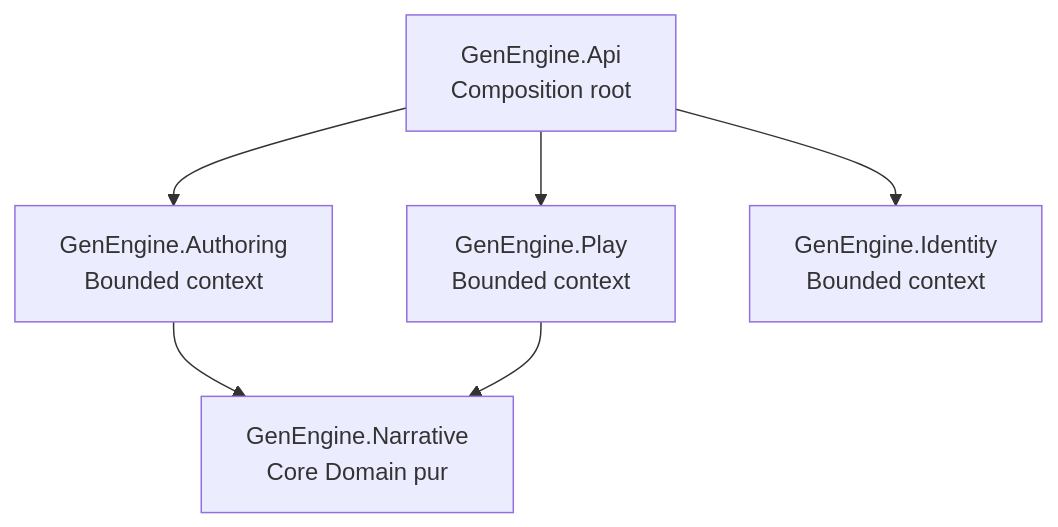
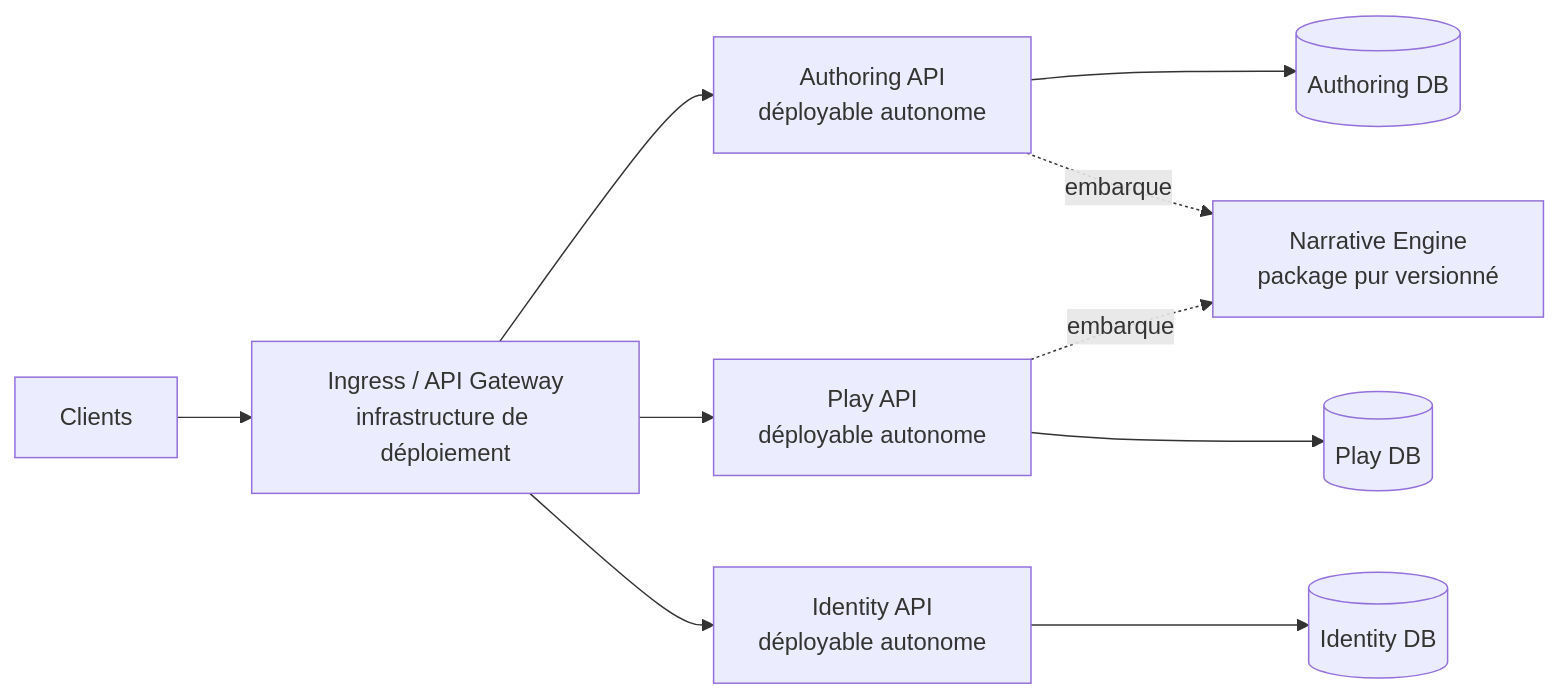
One commit to JordanLacroix/GenEngine changed the diagram in specs/architecture.md. Above: the diagram before and after it, drawn with Mermaid. The commit also changed other lines of this file and 70 other files, not shown here.

Commit message:
refactor(architecture): split backend into autonomous services

````diff
--- a/specs/architecture.md
+++ b/specs/architecture.md
@@ -25,14 +13,22 @@
 ```mermaid
-flowchart TD
-    API["GenEngine.Api<br/>Composition root"]
-    AUTHORING["GenEngine.Authoring<br/>Bounded context"]
-    PLAY["GenEngine.Play<br/>Bounded context"]
-    IDENTITY["GenEngine.Identity<br/>Bounded context"]
-    NARRATIVE["GenEngine.Narrative<br/>Core Domain pur"]
+flowchart LR
+    CLIENT["Clients"]
+    EDGE["Ingress / API Gateway<br/>infrastructure de déploiement"]
+    AUTHORING["Authoring API<br/>déployable autonome"]
+    PLAY["Play API<br/>déployable autonome"]
+    IDENTITY["Identity API<br/>déployable autonome"]
+    AUTHDB[("Identity DB")]
+    AUTHORDB[("Authoring DB")]
+    PLAYDB[("Play DB")]
+    NARRATIVE["Narrative Engine<br/>package pur versionné"]
 
-    API --> AUTHORING
-    API --> PLAY
-    API --> IDENTITY
-    AUTHORING --> NARRATIVE
-    PLAY --> NARRATIVE
+    CLIENT --> EDGE
+    EDGE --> AUTHORING
+    EDGE --> PLAY
+    EDGE --> IDENTITY
+    AUTHORING --> AUTHORDB
+    PLAY --> PLAYDB
+    IDENTITY --> AUTHDB
+    AUTHORING -. "embarque" .-> NARRATIVE
+    PLAY -. "embarque" .-> NARRATIVE
 ```
````
